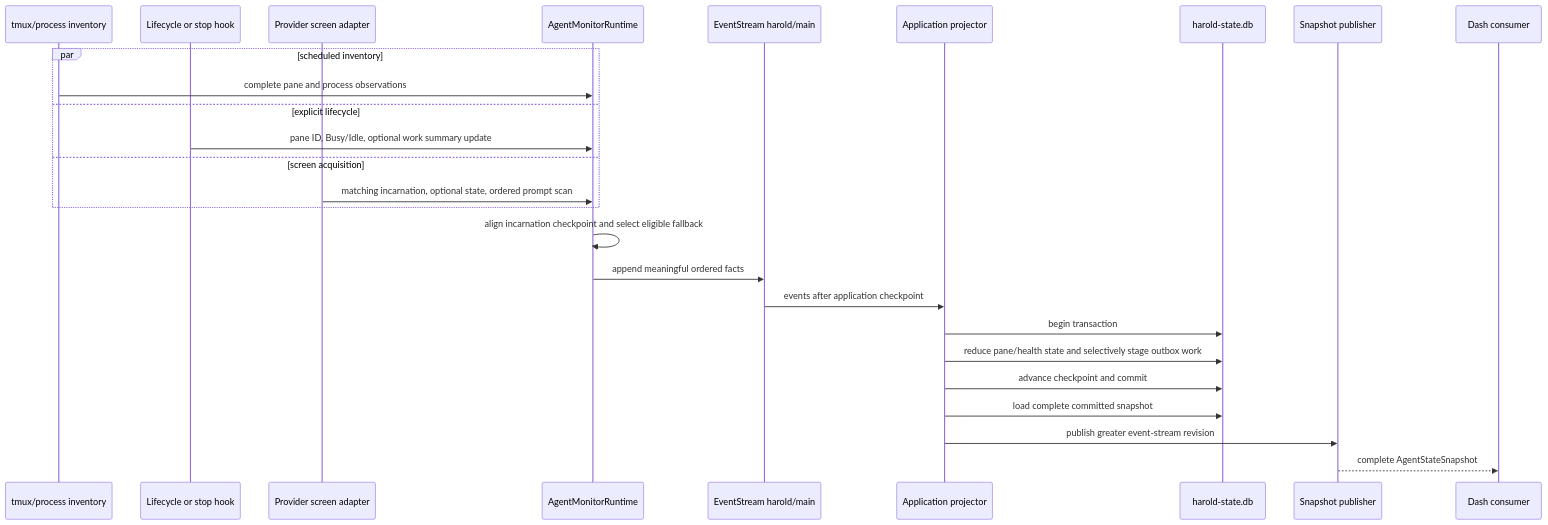
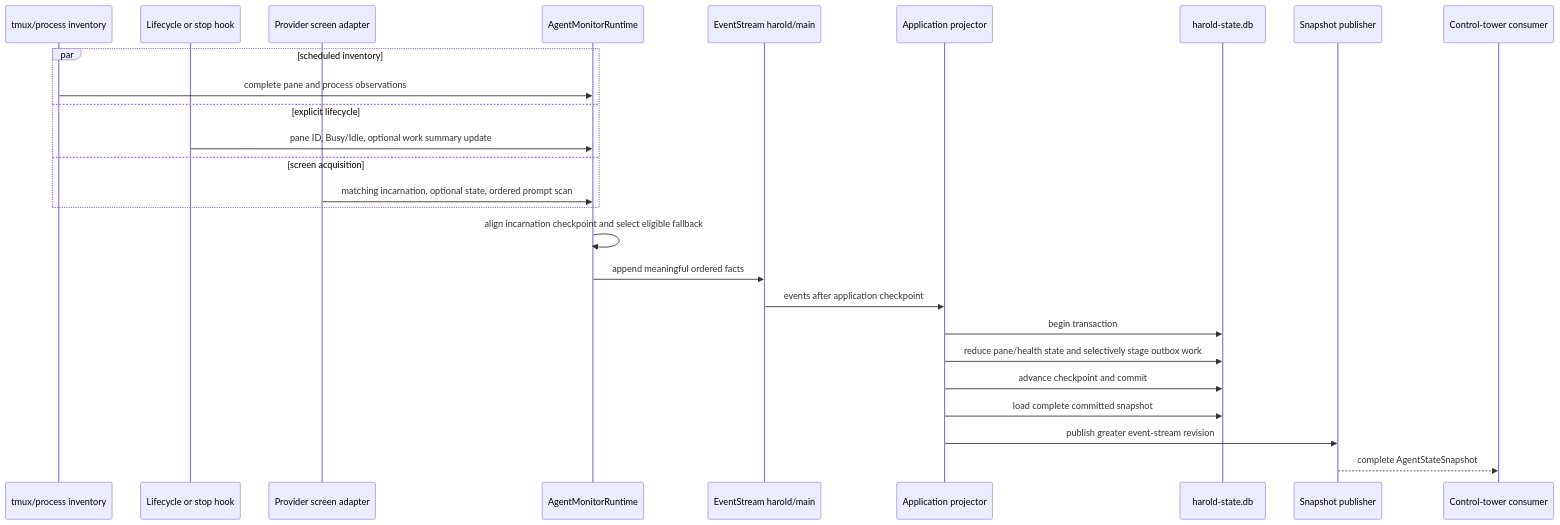
The first of 2 diagrams in docs/references/agent-monitor/README.md (kahgeh/harold), drawn with Mermaid before and after one commit. The commit also changed other lines of this file and 16 other files, not shown here.

First line of the commit message:
Name the control-tower in the docs and glossary

````diff
--- a/docs/references/agent-monitor/README.md
+++ b/docs/references/agent-monitor/README.md
@@ -64,29 +64,29 @@
 ```mermaid
 sequenceDiagram
     participant Inventory as tmux/process inventory
     participant Hook as Lifecycle or stop hook
     participant Screen as Provider screen adapter
     participant Runtime as AgentMonitorRuntime
     participant Events as EventStream harold/main
     participant Projector as Application projector
     participant StateDB as harold-state.db
     participant Hub as Snapshot publisher
-    participant Dash as Dash consumer
+    participant Tower as Control-tower consumer
 
     par scheduled inventory
         Inventory->>Runtime: complete pane and process observations
     and explicit lifecycle
         Hook->>Runtime: pane ID, Busy/Idle, optional work summary update
     and screen acquisition
         Screen->>Runtime: matching incarnation, optional state, ordered prompt scan
     end
     Runtime->>Runtime: align incarnation checkpoint and select eligible fallback
     Runtime->>Events: append meaningful ordered facts
     Events->>Projector: events after application checkpoint
     Projector->>StateDB: begin transaction
     Projector->>StateDB: reduce pane/health state and selectively stage outbox work
     Projector->>StateDB: advance checkpoint and commit
     Projector->>StateDB: load complete committed snapshot
     Projector->>Hub: publish greater event-stream revision
-    Hub-->>Dash: complete AgentStateSnapshot
+    Hub-->>Tower: complete AgentStateSnapshot
 ```
````
